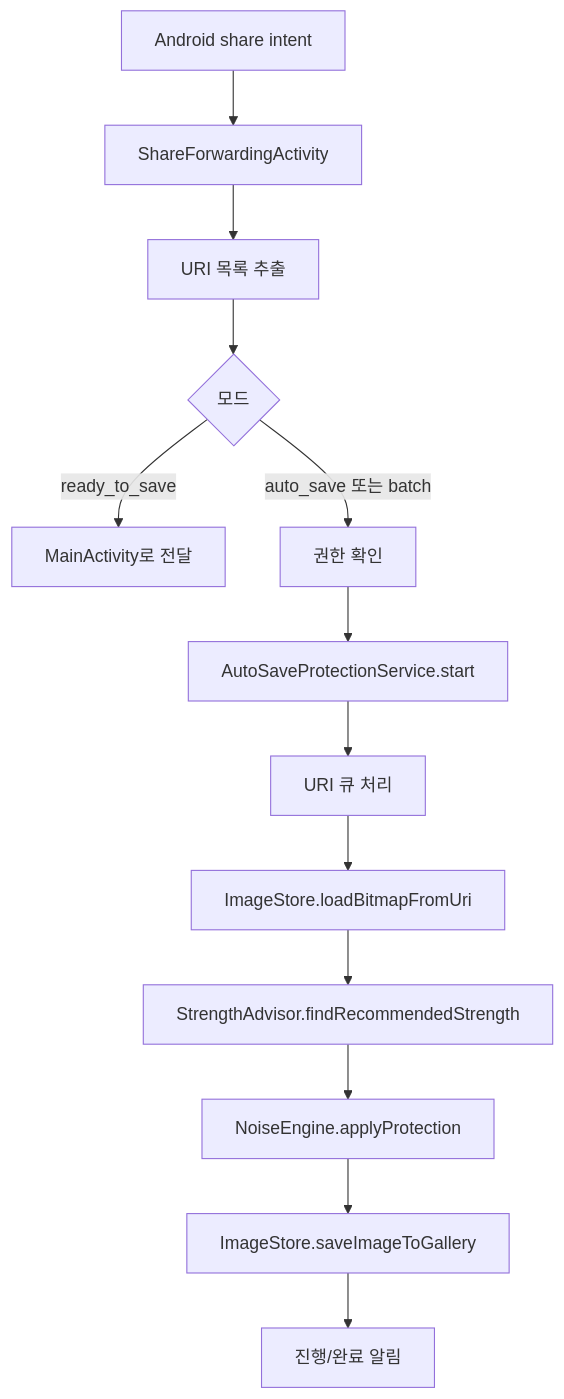
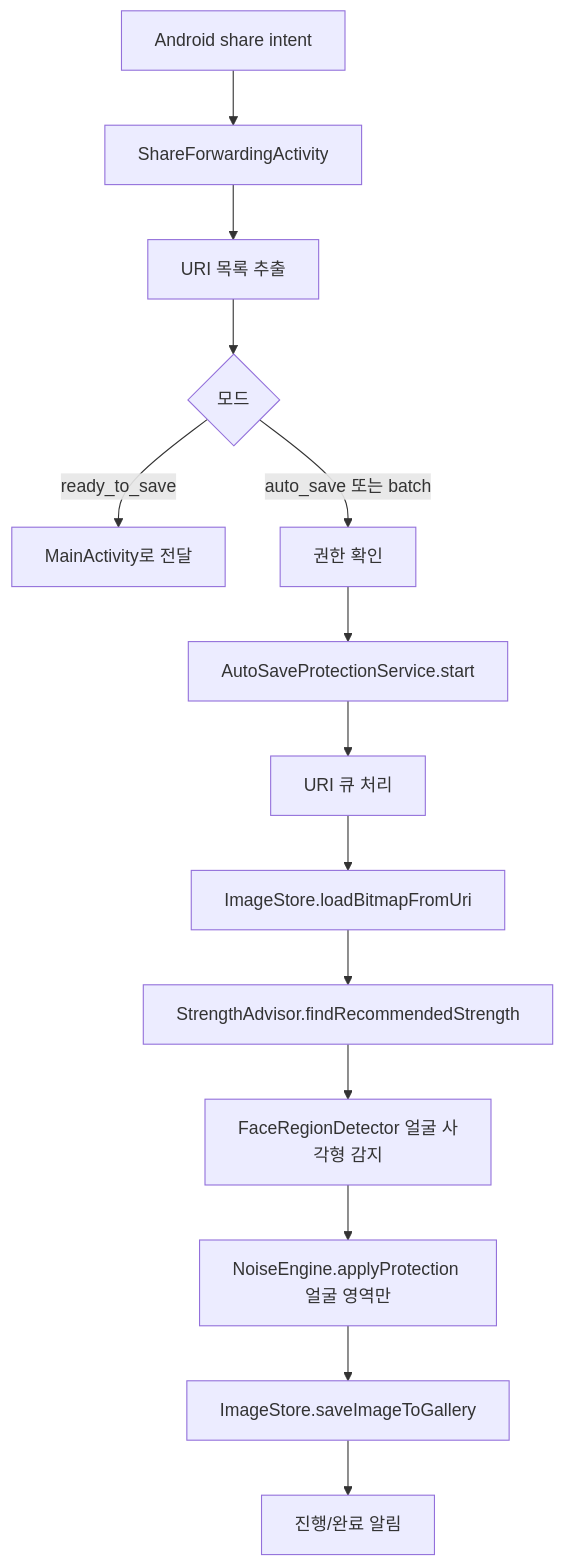
Before and after one commit to js4484821266/Haan-Ghil-Muulnaat: the second of 6 diagrams in ABSORB.md, drawn with Mermaid. The commit also changed other lines of this file and 9 other files, not shown here.

Commit message:
feat: apply noise on the face box area only

````diff
--- a/ABSORB.md
+++ b/ABSORB.md
@@ -94,15 +97,16 @@
 ```mermaid
 flowchart TD
     A[Android share intent] --> B[ShareForwardingActivity]
     B --> C[URI 목록 추출]
     C --> D{모드}
     D -- ready_to_save --> E[MainActivity로 전달]
     D -- auto_save 또는 batch --> F[권한 확인]
     F --> G[AutoSaveProtectionService.start]
     G --> H[URI 큐 처리]
     H --> I[ImageStore.loadBitmapFromUri]
     I --> J[StrengthAdvisor.findRecommendedStrength]
-    J --> K[NoiseEngine.applyProtection]
+    J --> R[FaceRegionDetector 얼굴 사각형 감지]
+    R --> K[NoiseEngine.applyProtection 얼굴 영역만]
     K --> L[ImageStore.saveImageToGallery]
     L --> M[진행/완료 알림]
 ```
````
